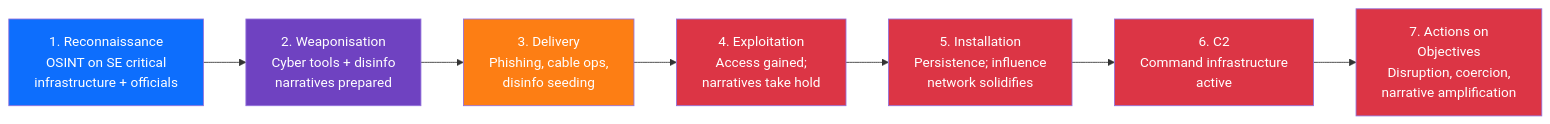
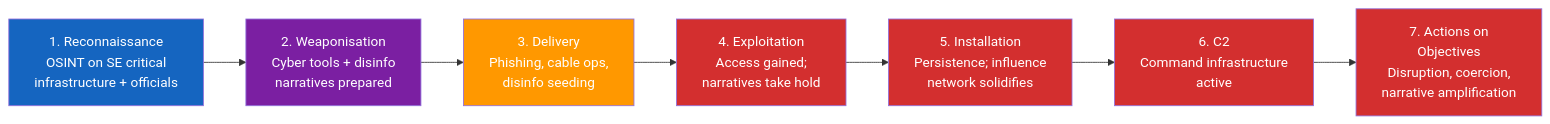
One commit to Hack23/riksdagsmonitor changed the third of 4 diagrams in analysis/daily/2026-04-17/realtime-1434/threat-analysis.md. Above: the diagram before and after it, drawn with Mermaid. The commit also changed other lines of this file and 785 other files, not shown here.

First line of the commit message:
Normalize mermaid colors across 786 analysis artifacts to ISMS Style Guide palette

````diff
--- a/analysis/daily/2026-04-17/realtime-1434/threat-analysis.md
+++ b/analysis/daily/2026-04-17/realtime-1434/threat-analysis.md
@@ -137,20 +137,20 @@
 ```mermaid
 flowchart LR
     RE["1. Reconnaissance<br/>OSINT on SE critical<br/>infrastructure + officials"]
     WE["2. Weaponisation<br/>Cyber tools + disinfo<br/>narratives prepared"]
     DE["3. Delivery<br/>Phishing, cable ops,<br/>disinfo seeding"]
     EX["4. Exploitation<br/>Access gained;<br/>narratives take hold"]
     IN["5. Installation<br/>Persistence; influence<br/>network solidifies"]
     CC["6. C2<br/>Command infrastructure<br/>active"]
     AC["7. Actions on<br/>Objectives<br/>Disruption, coercion,<br/>narrative amplification"]
 
     RE --> WE --> DE --> EX --> IN --> CC --> AC
 
-    style RE fill:#0d6efd,color:#fff
-    style WE fill:#6f42c1,color:#fff
-    style DE fill:#fd7e14,color:#fff
-    style EX fill:#dc3545,color:#fff
-    style IN fill:#dc3545,color:#fff
-    style CC fill:#dc3545,color:#fff
-    style AC fill:#dc3545,color:#fff
+    style RE fill:#1565C0,color:#FFFFFF
+    style WE fill:#7B1FA2,color:#FFFFFF
+    style DE fill:#FF9800,color:#FFFFFF
+    style EX fill:#D32F2F,color:#FFFFFF
+    style IN fill:#D32F2F,color:#FFFFFF
+    style CC fill:#D32F2F,color:#FFFFFF
+    style AC fill:#D32F2F,color:#FFFFFF
 ```
````
